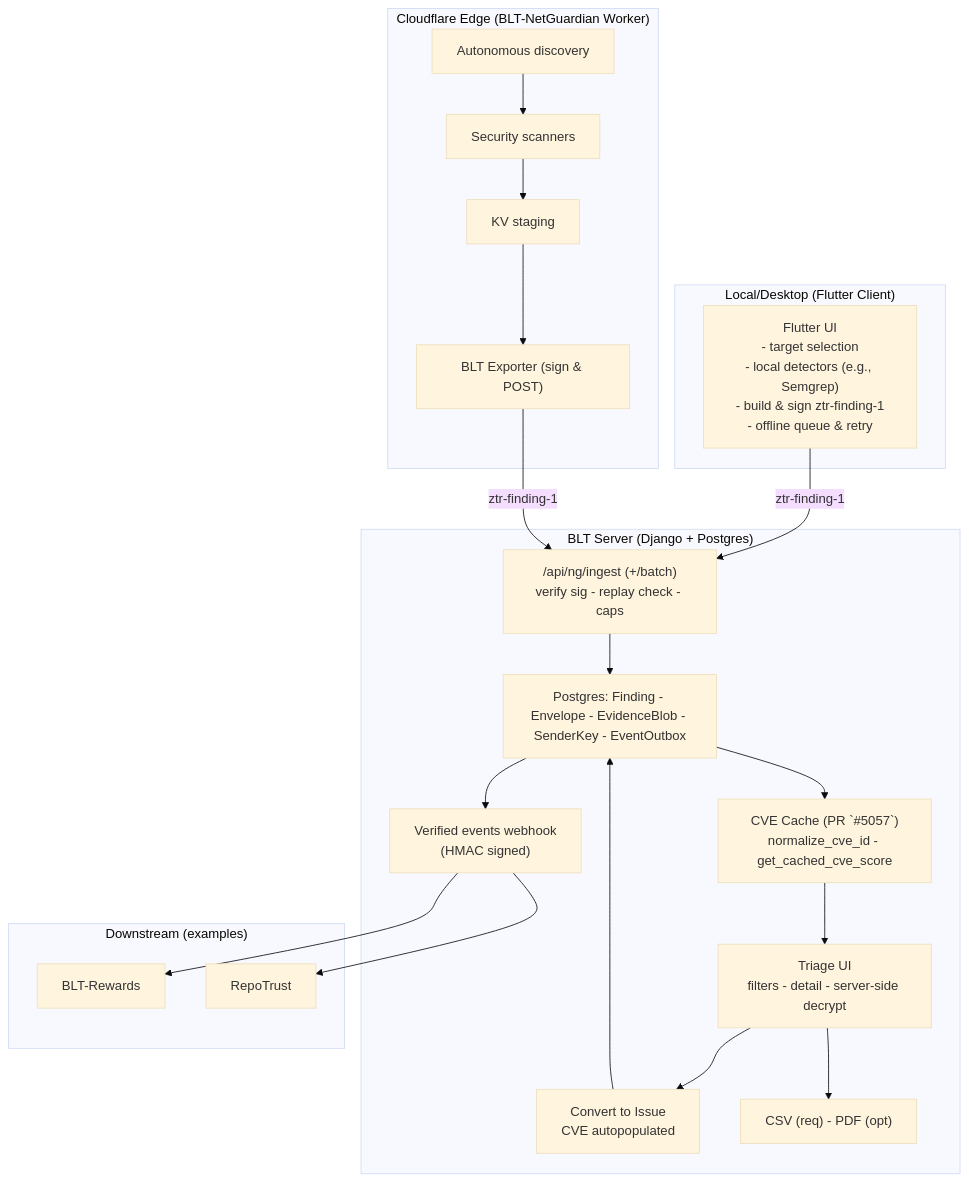
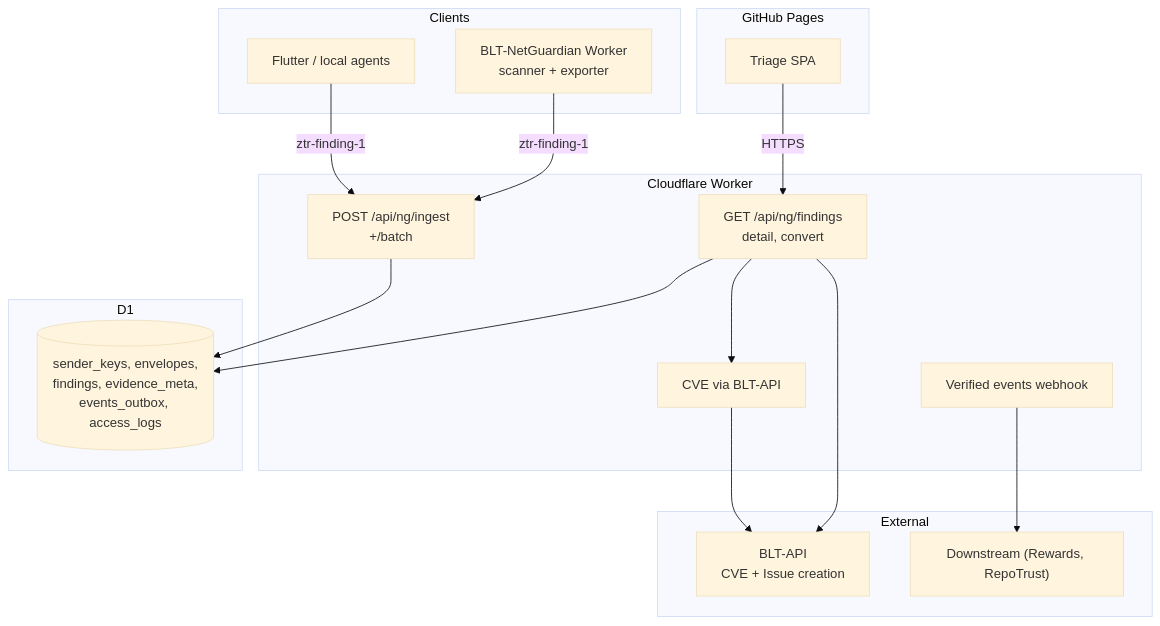
Before and after one commit to Pritz395/Just-the-approach-: the diagram in README.md, drawn with Mermaid (base theme). The commit also changed other lines of this file, not shown here.

````diff
--- a/README.md
+++ b/README.md
@@ -38,35 +33,37 @@
 ```mermaid
 flowchart TB
-  subgraph Local["Local/Desktop (Flutter Client)"]
-    FC["Flutter UI<br/>- target selection<br/>- local detectors (e.g., Semgrep)<br/>- build & sign ztr-finding-1<br/>- offline queue & retry"]
+  subgraph Clients["Clients"]
+    FC["Flutter / local agents"]
+    WX["BLT-NetGuardian Worker<br/>scanner + exporter"]
   end
 
-  subgraph Worker["Cloudflare Edge (BLT-NetGuardian Worker)"]
-    Disc["Autonomous discovery"]
-    Scan["Security scanners"]
-    KV["KV staging"]
-    Exp["BLT Exporter (sign & POST)"]
+  subgraph CF["Cloudflare Worker"]
+    Ingest["POST /api/ng/ingest<br/>+/batch"]
+    Triage["GET /api/ng/findings<br/>detail, convert"]
+    CVE["CVE via BLT-API"]
+    Events["Verified events webhook"]
   end
 
-  subgraph BLT["BLT Server (Django + Postgres)"]
-    Ingest["/api/ng/ingest (+/batch)<br/>verify sig - replay check - caps"]
-    DB["Postgres: Finding - Envelope - EvidenceBlob - SenderKey - EventOutbox"]
-    CVE["CVE Cache (PR `#5057`)<br/>normalize_cve_id - get_cached_cve_score"]
-    Triage["Triage UI<br/>filters - detail - server-side decrypt"]
-    Issue["Convert to Issue<br/>CVE autopopulated"]
-    Events["Verified events webhook<br/>(HMAC signed)"]
-    Reports["CSV (req) - PDF (opt)"]
+  subgraph Storage["D1"]
+    D1[(sender_keys, envelopes,<br/>findings, evidence_meta,<br/>events_outbox, access_logs)]
   end
 
-  subgraph Downstream["Downstream (examples)"]
-    Rewards["BLT-Rewards"]
-    RepoTrust["RepoTrust"]
+  subgraph Frontend["GitHub Pages"]
+    SPA["Triage SPA"]
+  end
+
+  subgraph External["External"]
+    BLTAPI["BLT-API<br/>CVE + Issue creation"]
+    Down["Downstream (Rewards, RepoTrust)"]
   end
 
   FC -->|ztr-finding-1| Ingest
-  Disc --> Scan --> KV --> Exp -->|ztr-finding-1| Ingest
-  Ingest --> DB --> CVE --> Triage --> Issue --> DB --> Events
-  Triage --> Reports
-  Events --> Rewards
-  Events --> RepoTrust
+  WX -->|ztr-finding-1| Ingest
+  Ingest --> D1
+  Triage --> D1
+  CVE --> BLTAPI
+  Triage --> CVE
+  SPA -->|HTTPS| Triage
+  Triage --> BLTAPI
+  Events --> Down
 ```
````
